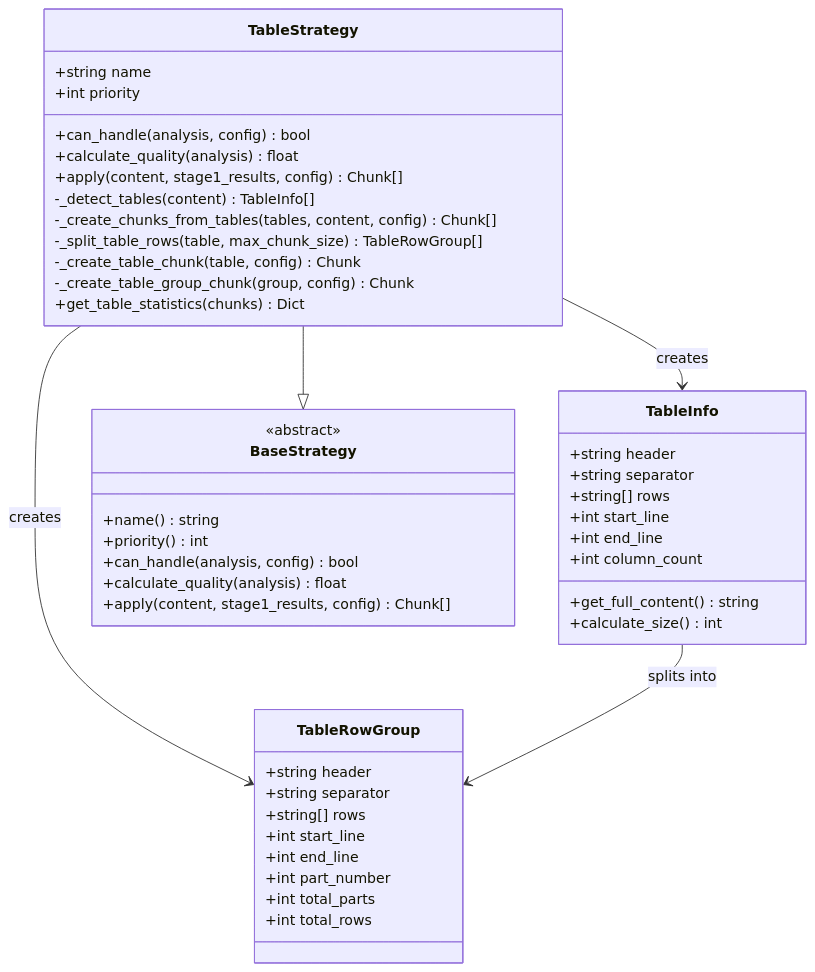
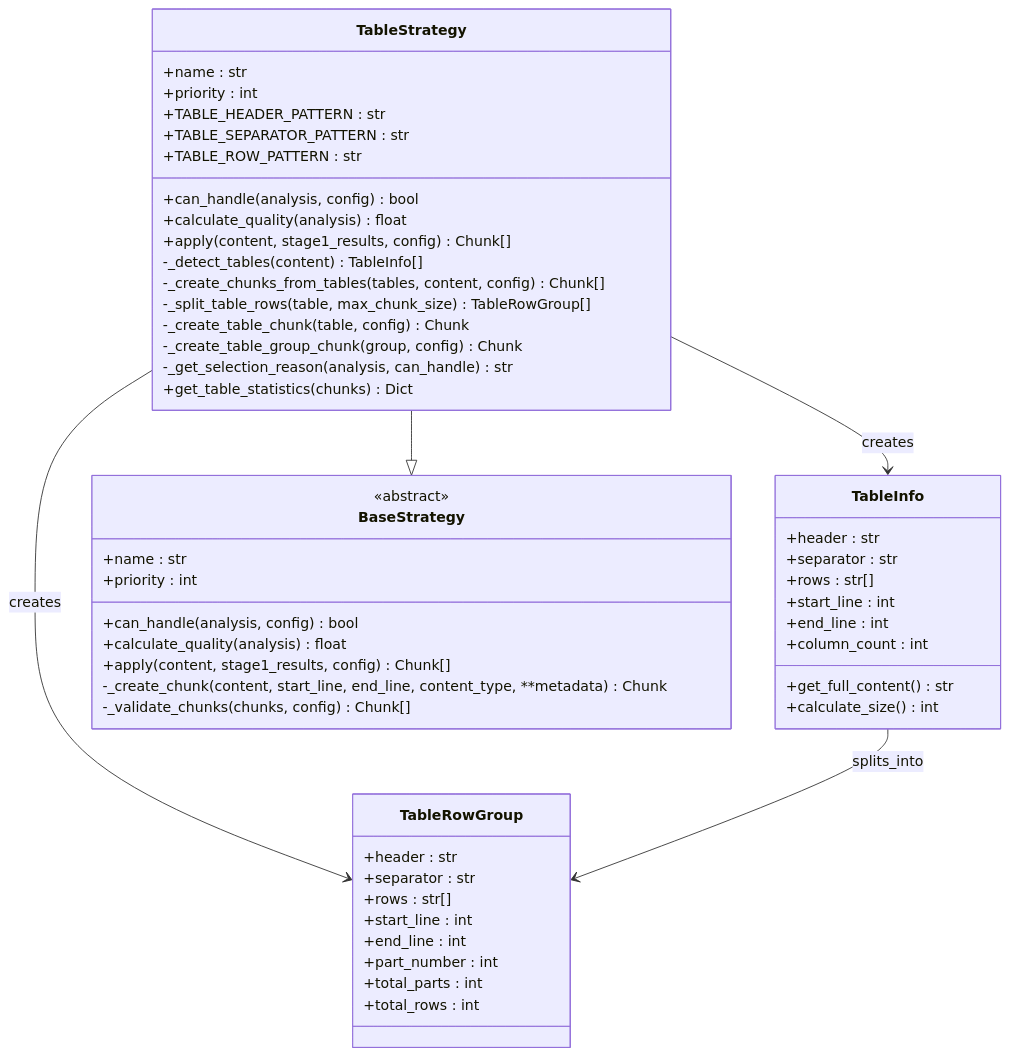
Before and after one commit to asukhodko/dify-markdown-chunker: the second of 6 diagrams in .qoder/repowiki/en/content/Chunking Strategies/Table Strategy.md, drawn with Mermaid. The commit also changed other lines of this file and 205 other files, not shown here.

````diff
--- a/.qoder/repowiki/en/content/Chunking Strategies/Table Strategy.md
+++ b/.qoder/repowiki/en/content/Chunking Strategies/Table Strategy.md
@@ -58,48 +90,54 @@
 ```mermaid
 classDiagram
 class TableStrategy {
-+string name
-+int priority
++name : str
++priority : int
++TABLE_HEADER_PATTERN : str
++TABLE_SEPARATOR_PATTERN : str
++TABLE_ROW_PATTERN : str
 +can_handle(analysis, config) bool
 +calculate_quality(analysis) float
 +apply(content, stage1_results, config) Chunk[]
 -_detect_tables(content) TableInfo[]
 -_create_chunks_from_tables(tables, content, config) Chunk[]
 -_split_table_rows(table, max_chunk_size) TableRowGroup[]
 -_create_table_chunk(table, config) Chunk
 -_create_table_group_chunk(group, config) Chunk
+-_get_selection_reason(analysis, can_handle) str
 +get_table_statistics(chunks) Dict
 }
 class TableInfo {
-+string header
-+string separator
-+string[] rows
-+int start_line
-+int end_line
-+int column_count
-+get_full_content() string
++header : str
++separator : str
++rows : str[]
++start_line : int
++end_line : int
++column_count : int
++get_full_content() str
 +calculate_size() int
 }
 class TableRowGroup {
-+string header
-+string separator
-+string[] rows
-+int start_line
-+int end_line
-+int part_number
-+int total_parts
-+int total_rows
++header : str
++separator : str
++rows : str[]
++start_line : int
++end_line : int
++part_number : int
++total_parts : int
++total_rows : int
 }
 class BaseStrategy {
 <<abstract>>
-+name() string
-+priority() int
++name : str
++priority : int
 +can_handle(analysis, config) bool
 +calculate_quality(analysis) float
 +apply(content, stage1_results, config) Chunk[]
+-_create_chunk(content, start_line, end_line, content_type, **metadata) Chunk
+-_validate_chunks(chunks, config) Chunk[]
 }
 TableStrategy --|> BaseStrategy
 TableStrategy --> TableInfo : creates
 TableStrategy --> TableRowGroup : creates
-TableInfo --> TableRowGroup : splits into
+TableInfo --> TableRowGroup : splits_into
 ```
````
